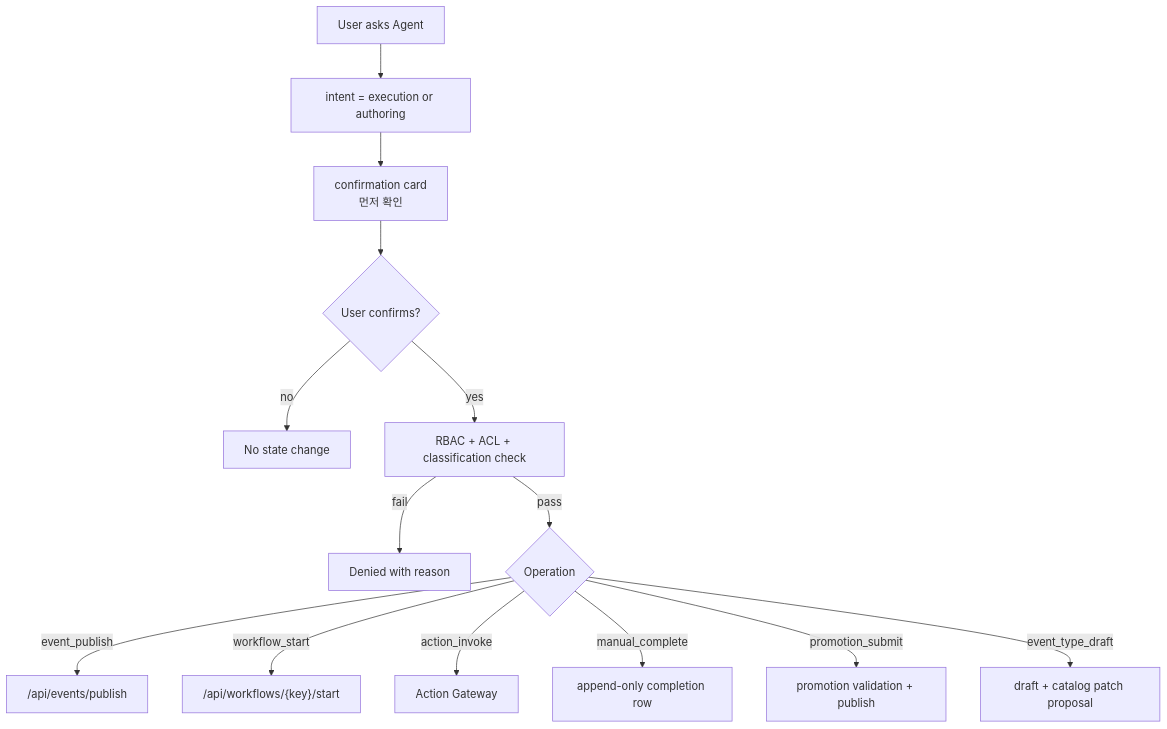
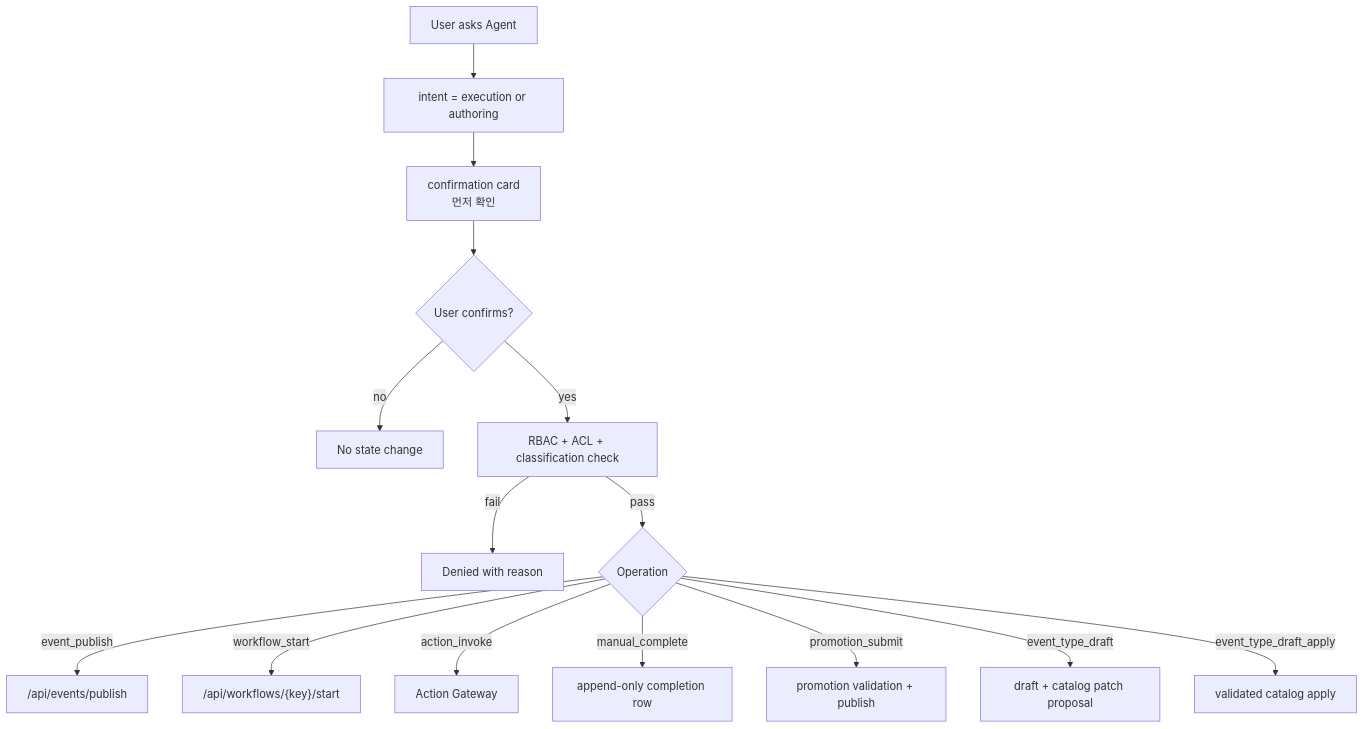
The first of 2 diagrams in data/boi/public/boi-wiki-manual/agent/agent-execution-and-event-authoring.md (chokukil/boi-wiki), drawn with Mermaid before and after one commit. The commit also changed other lines of this file and 2 other files, not shown here.

Commit message:
Apply validated Event Type drafts

````diff
--- a/data/boi/public/boi-wiki-manual/agent/agent-execution-and-event-authoring.md
+++ b/data/boi/public/boi-wiki-manual/agent/agent-execution-and-event-authoring.md
@@ -34,16 +34,17 @@
 ```mermaid
 flowchart TD
   ASK["User asks Agent"] --> INTENT["intent = execution or authoring"]
   INTENT --> CARD["confirmation card<br/>먼저 확인"]
   CARD --> USER{"User confirms?"}
   USER -->|no| STOP["No state change"]
   USER -->|yes| RBAC["RBAC + ACL + classification check"]
   RBAC -->|fail| DENY["Denied with reason"]
   RBAC -->|pass| EXEC{"Operation"}
   EXEC -->|event_publish| EVENT["/api/events/publish"]
   EXEC -->|workflow_start| WF["/api/workflows/{key}/start"]
   EXEC -->|action_invoke| ACT["Action Gateway"]
   EXEC -->|manual_complete| MAN["append-only completion row"]
   EXEC -->|promotion_submit| PROMO["promotion validation + publish"]
   EXEC -->|event_type_draft| DRAFT["draft + catalog patch proposal"]
+  EXEC -->|event_type_draft_apply| APPLY["validated catalog apply"]
 ```
````
